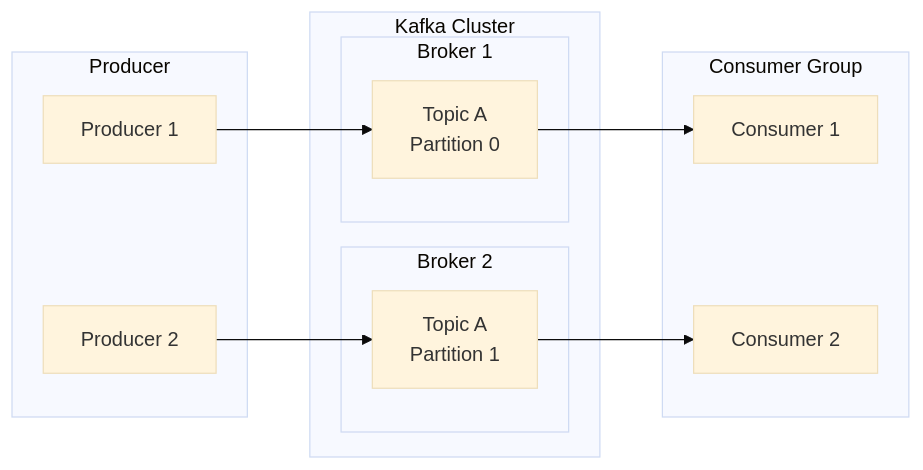
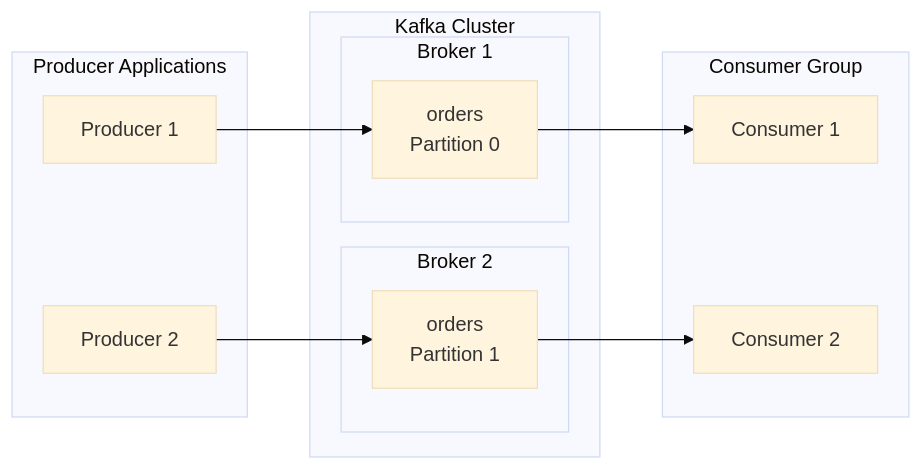
Before and after one commit to advanced-beginner/advanced-beginner.github.io: the second of 6 diagrams in content/en/docs/kafka/concepts/core-components.md, drawn with Mermaid (base theme). The commit also changed other lines of this file and 20 other files, not shown here.

````diff
--- a/content/en/docs/kafka/concepts/core-components.md
+++ b/content/en/docs/kafka/concepts/core-components.md
@@ -35,26 +67,26 @@
 ```mermaid
 flowchart LR
-    subgraph Producers["Producer"]
+    subgraph Producers["Producer Applications"]
         P1[Producer 1]
         P2[Producer 2]
     end
 
     subgraph Kafka["Kafka Cluster"]
-        subgraph Broker1["Broker 1"]
-            T1P0[Topic A<br>Partition 0]
+        subgraph B1["Broker 1"]
+            T1P0[orders<br>Partition 0]
         end
-        subgraph Broker2["Broker 2"]
-            T1P1[Topic A<br>Partition 1]
+        subgraph B2["Broker 2"]
+            T1P1[orders<br>Partition 1]
         end
     end
 
     subgraph Consumers["Consumer Group"]
         C1[Consumer 1]
         C2[Consumer 2]
     end
 
     P1 --> T1P0
     P2 --> T1P1
     T1P0 --> C1
     T1P1 --> C2
 ```
````
